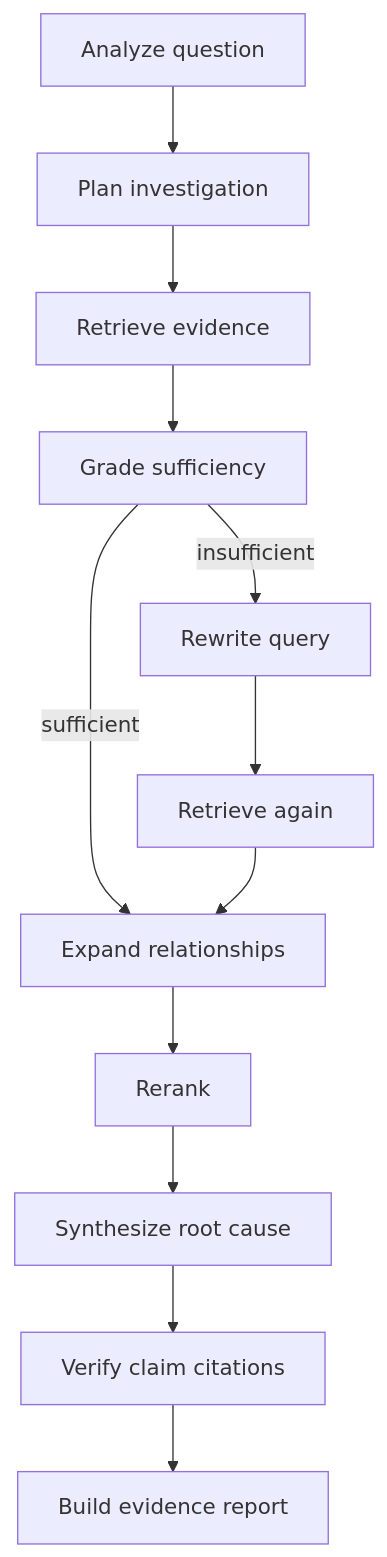
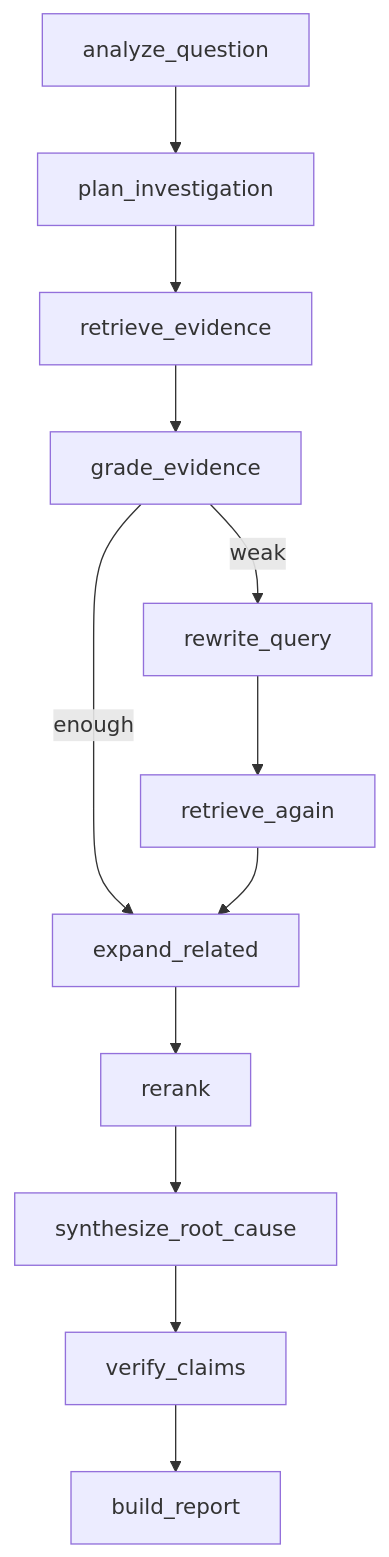
The second of 2 diagrams in README.md (Niloy-Bhuiyan/IncidentLens), drawn with Mermaid before and after one commit. The commit also changed other lines of this file and 7 other files, not shown here.

````diff
--- a/README.md
+++ b/README.md
@@ -76,14 +83,14 @@
 ```mermaid
 flowchart TD
-  A[Analyze question] --> P[Plan investigation]
-  P --> R[Retrieve evidence]
-  R --> G[Grade sufficiency]
-  G -->|insufficient| W[Rewrite query]
-  W --> R2[Retrieve again]
-  G -->|sufficient| X[Expand relationships]
+  A[analyze_question] --> P[plan_investigation]
+  P --> R[retrieve_evidence]
+  R --> G[grade_evidence]
+  G -->|weak| W[rewrite_query]
+  W --> R2[retrieve_again]
+  G -->|enough| X[expand_related]
   R2 --> X
-  X --> RR[Rerank]
-  RR --> S[Synthesize root cause]
-  S --> V[Verify claim citations]
-  V --> B[Build evidence report]
+  X --> RR[rerank]
+  RR --> S[synthesize_root_cause]
+  S --> V[verify_claims]
+  V --> B[build_report]
 ```
````
